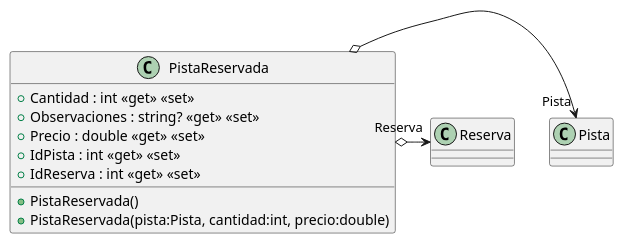
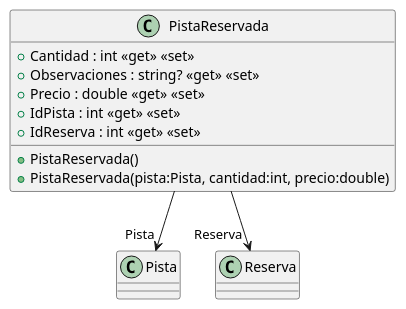
The diagram in src/AppForSEII.API/ClassDiagram/PistaReservada.puml (ISII2627IsmaelandCompany/-ISII2627IsmaelandCompany), drawn with PlantUML before and after one commit. The commit also changed 8 other files, not shown here.

```diff
--- a/src/AppForSEII.API/ClassDiagram/PistaReservada.puml
+++ b/src/AppForSEII.API/ClassDiagram/PistaReservada.puml
@@ -1,13 +1,14 @@
 @startuml
+
 class PistaReservada {
     + Cantidad : int <<get>> <<set>>
     + Observaciones : string? <<get>> <<set>>
     + Precio : double <<get>> <<set>>
     + IdPista : int <<get>> <<set>>
     + IdReserva : int <<get>> <<set>>
     + PistaReservada()
     + PistaReservada(pista:Pista, cantidad:int, precio:double)
 }
-PistaReservada o-> "Pista" Pista
-PistaReservada o-> "Reserva" Reserva
+PistaReservada --> "Pista" Pista
+PistaReservada --> "Reserva" Reserva
 @enduml
```
